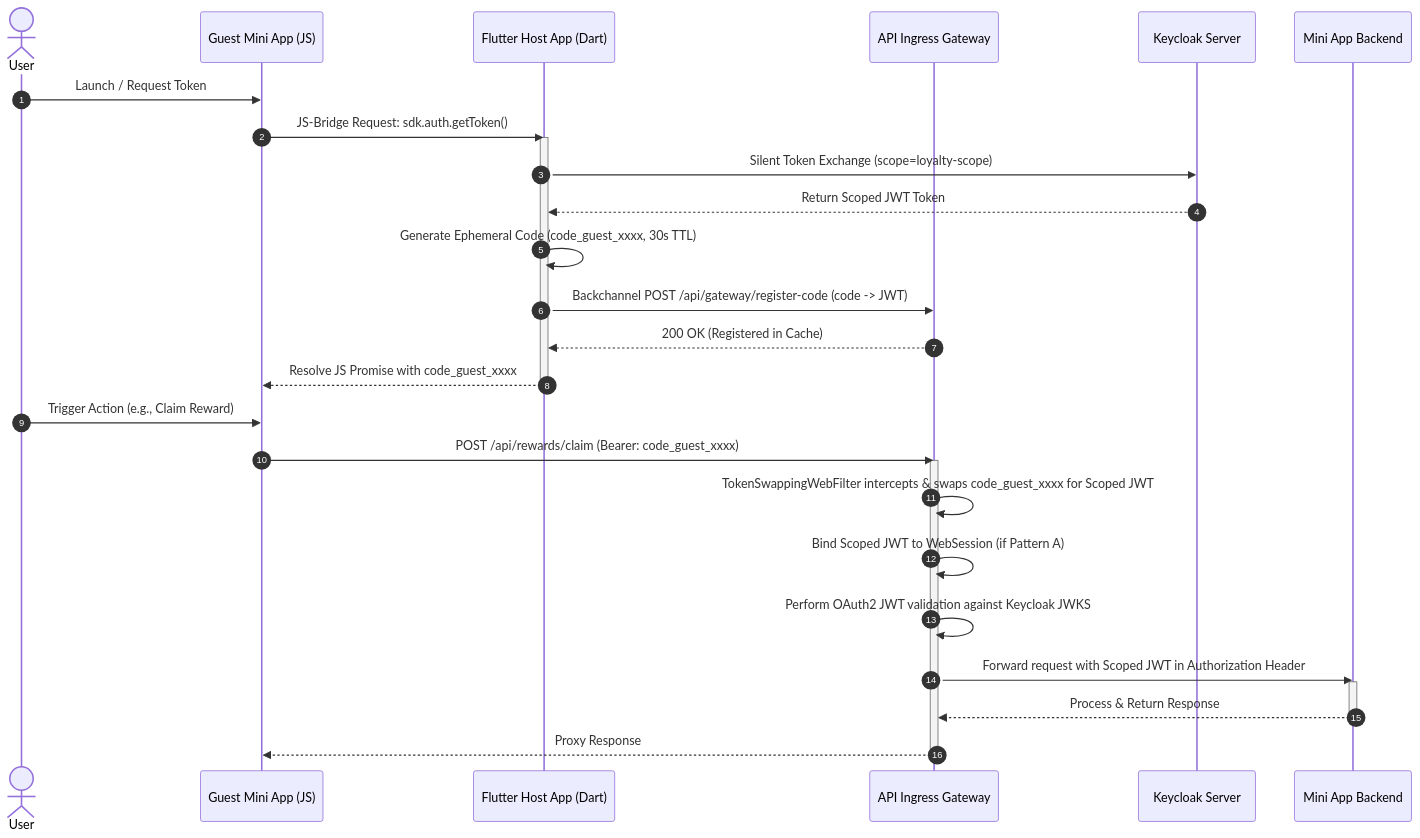
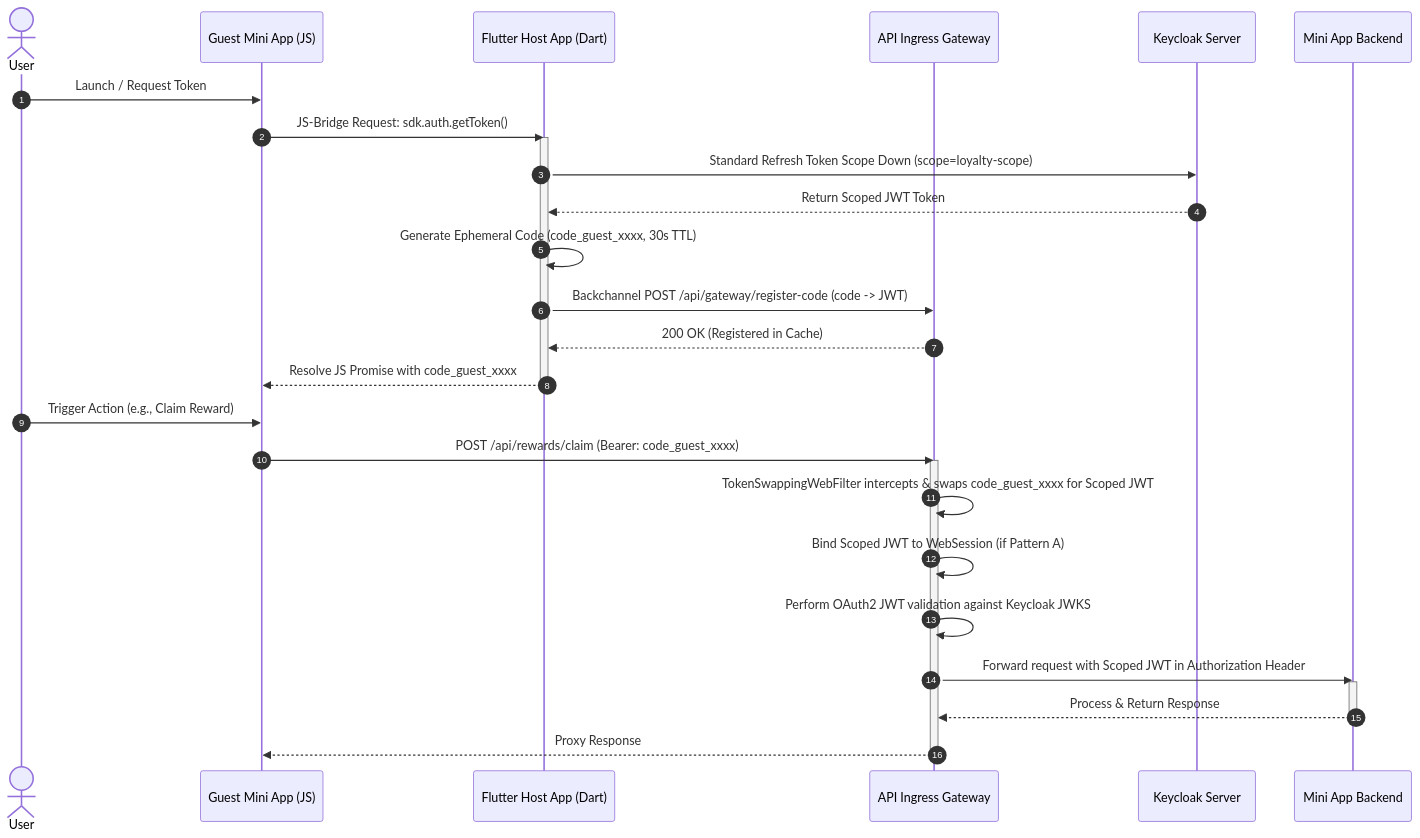
The first of 5 diagrams in mini_app_playbook.md (romelylan/delightful-darwin), drawn with Mermaid before and after one commit. The commit also changed other lines of this file and 6 other files, not shown here.

Commit message:
Implemented down scoped token.

````diff
--- a/mini_app_playbook.md
+++ b/mini_app_playbook.md
@@ -998,34 +1004,34 @@
 ```mermaid
 sequenceDiagram
     autonumber
     actor User
     participant MiniApp as Guest Mini App (JS)
     participant Host as Flutter Host App (Dart)
     participant Gateway as API Ingress Gateway
     participant Keycloak as Keycloak Server
     participant Backend as Mini App Backend
 
     User->>MiniApp: Launch / Request Token
     MiniApp->>Host: JS-Bridge Request: sdk.auth.getToken()
     activate Host
-    Host->>Keycloak: Silent Token Exchange (scope=loyalty-scope)
+    Host->>Keycloak: Standard Refresh Token Scope Down (scope=loyalty-scope)
     Keycloak-->>Host: Return Scoped JWT Token
     Host->>Host: Generate Ephemeral Code (code_guest_xxxx, 30s TTL)
     Host->>Gateway: Backchannel POST /api/gateway/register-code (code -> JWT)
     Gateway-->>Host: 200 OK (Registered in Cache)
     Host-->>MiniApp: Resolve JS Promise with code_guest_xxxx
     deactivate Host
 
     User->>MiniApp: Trigger Action (e.g., Claim Reward)
     MiniApp->>Gateway: POST /api/rewards/claim (Bearer: code_guest_xxxx)
     activate Gateway
     Gateway->>Gateway: TokenSwappingWebFilter intercepts & swaps code_guest_xxxx for Scoped JWT
     Gateway->>Gateway: Bind Scoped JWT to WebSession (if Pattern A)
     Gateway->>Gateway: Perform OAuth2 JWT validation against Keycloak JWKS
     Gateway->>Backend: Forward request with Scoped JWT in Authorization Header
     activate Backend
     Backend-->>Gateway: Process & Return Response
     deactivate Backend
     Gateway-->>MiniApp: Proxy Response
     deactivate Gateway
 ```
````
